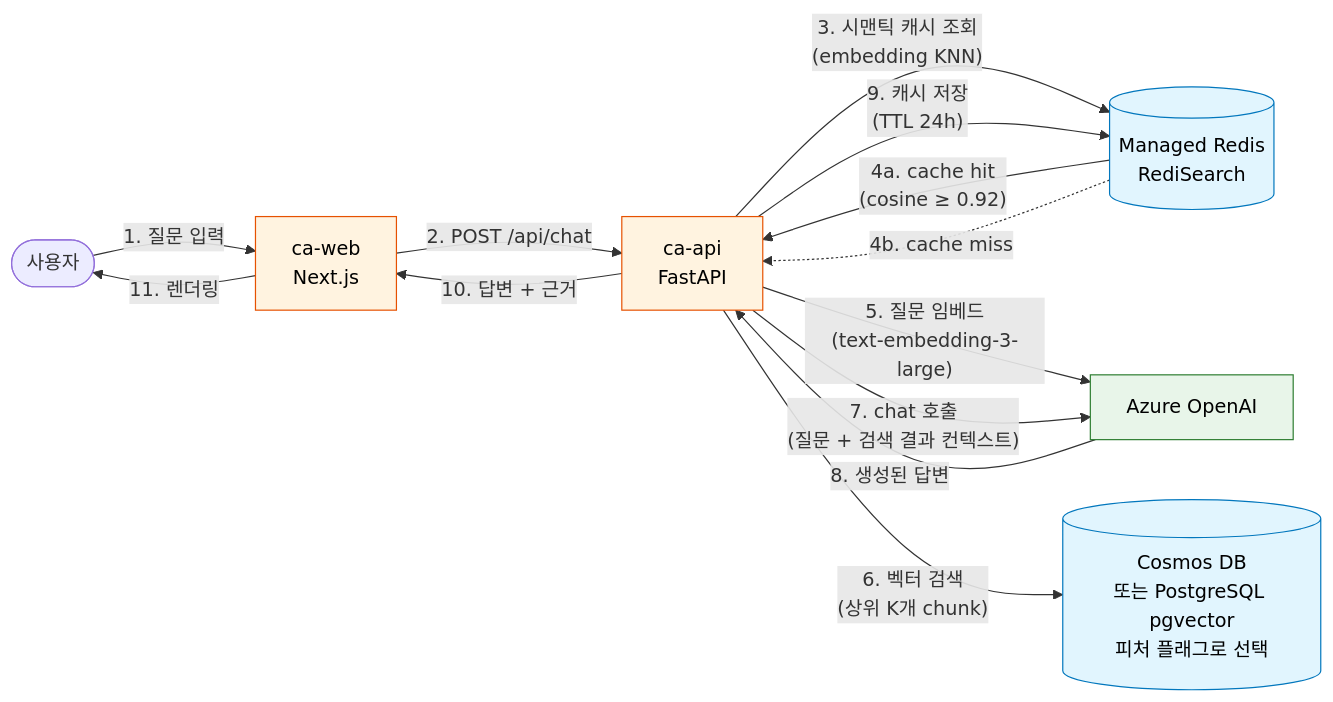
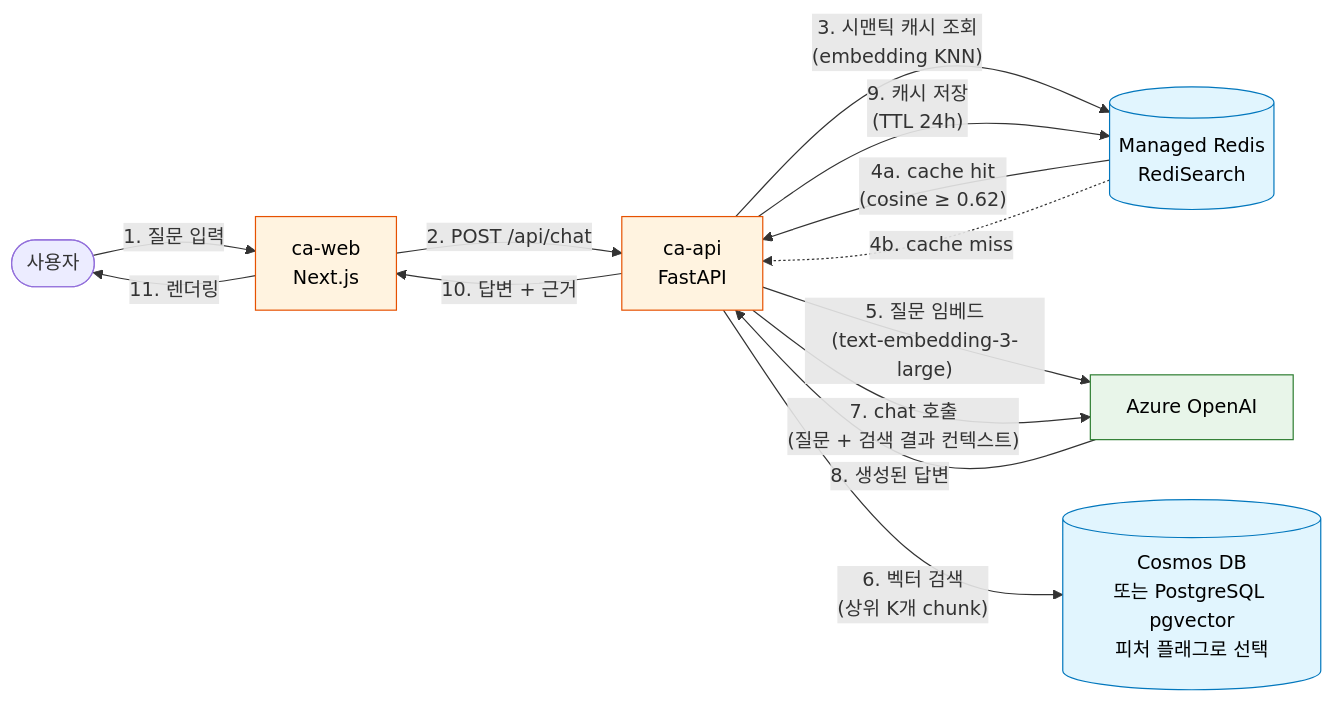
One commit to krsy0411/azure-ai-200-certification-challenge changed the second of 5 diagrams in docs/architecture.md. Above: the diagram before and after it, drawn with Mermaid. The commit also changed 8 other files, not shown here.

````diff
--- a/docs/architecture.md
+++ b/docs/architecture.md
@@ -108,28 +108,28 @@
 ```mermaid
 flowchart LR
   U(["사용자"]) -- "1. 질문 입력" --> Web
 
   Web["ca-web<br/>Next.js"] -- "2. POST /api/chat" --> Api
 
   Api["ca-api<br/>FastAPI"] -- "3. 시맨틱 캐시 조회<br/>(embedding KNN)" --> Redis[("Managed Redis<br/>RediSearch")]
 
-  Redis -- "4a. cache hit<br/>(cosine ≥ 0.92)" --> Api
+  Redis -- "4a. cache hit<br/>(cosine ≥ 0.62)" --> Api
   Redis -. "4b. cache miss" .-> Api
 
   Api -- "5. 질문 임베드<br/>(text-embedding-3-large)" --> AOAI["Azure OpenAI"]
   Api -- "6. 벡터 검색<br/>(상위 K개 chunk)" --> Store[("Cosmos DB<br/>또는 PostgreSQL pgvector<br/>피처 플래그로 선택")]
   Api -- "7. chat 호출<br/>(질문 + 검색 결과 컨텍스트)" --> AOAI
   AOAI -- "8. 생성된 답변" --> Api
   Api -- "9. 캐시 저장<br/>(TTL 24h)" --> Redis
 
   Api -- "10. 답변 + 근거" --> Web
   Web -- "11. 렌더링" --> U
 
   classDef store fill:#e1f5fe,stroke:#0277bd,color:#000
   classDef compute fill:#fff3e0,stroke:#e65100,color:#000
   classDef ai fill:#e8f5e9,stroke:#2e7d32,color:#000
 
   class Redis,Store store
   class Web,Api compute
   class AOAI ai
 ```
````
